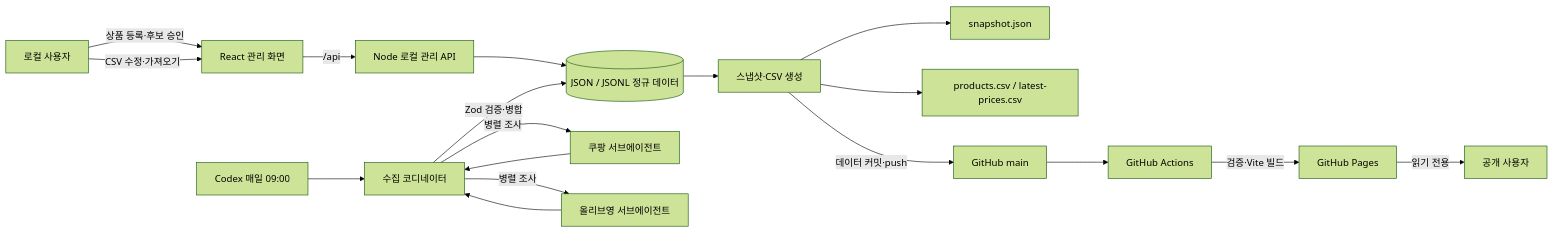
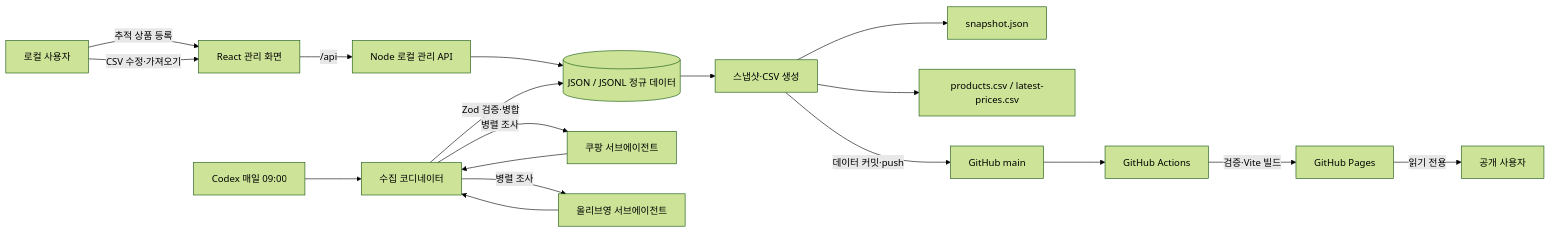
The first of 3 diagrams in ARCHITECTURE.md (euisuk-chung/cheap-product-looker), drawn with Mermaid (forest theme) before and after one commit. The commit also changed other lines of this file and 13 other files, not shown here.

````diff
--- a/ARCHITECTURE.md
+++ b/ARCHITECTURE.md
@@ -16,22 +16,22 @@
 ```mermaid
 flowchart LR
-    User[로컬 사용자] -->|상품 등록·후보 승인| AdminUI[React 관리 화면]
+    User[로컬 사용자] -->|추적 상품 등록| AdminUI[React 관리 화면]
     AdminUI -->|/api| AdminAPI[Node 로컬 관리 API]
     AdminAPI --> Store[(JSON / JSONL 정규 데이터)]
     User -->|CSV 수정·가져오기| AdminUI
 
     Schedule[Codex 매일 09:00] --> Coordinator[수집 코디네이터]
     Coordinator -->|병렬 조사| Coupang[쿠팡 서브에이전트]
     Coordinator -->|병렬 조사| OliveYoung[올리브영 서브에이전트]
     Coupang --> Coordinator
     OliveYoung --> Coordinator
     Coordinator -->|Zod 검증·병합| Store
 
     Store --> Builder[스냅샷·CSV 생성]
     Builder --> Snapshot[snapshot.json]
     Builder --> CSV[products.csv / latest-prices.csv]
     Builder -->|데이터 커밋·push| GitHub[GitHub main]
     GitHub --> Actions[GitHub Actions]
     Actions -->|검증·Vite 빌드| Pages[GitHub Pages]
     Pages -->|읽기 전용| PublicUser[공개 사용자]
 ```
````
